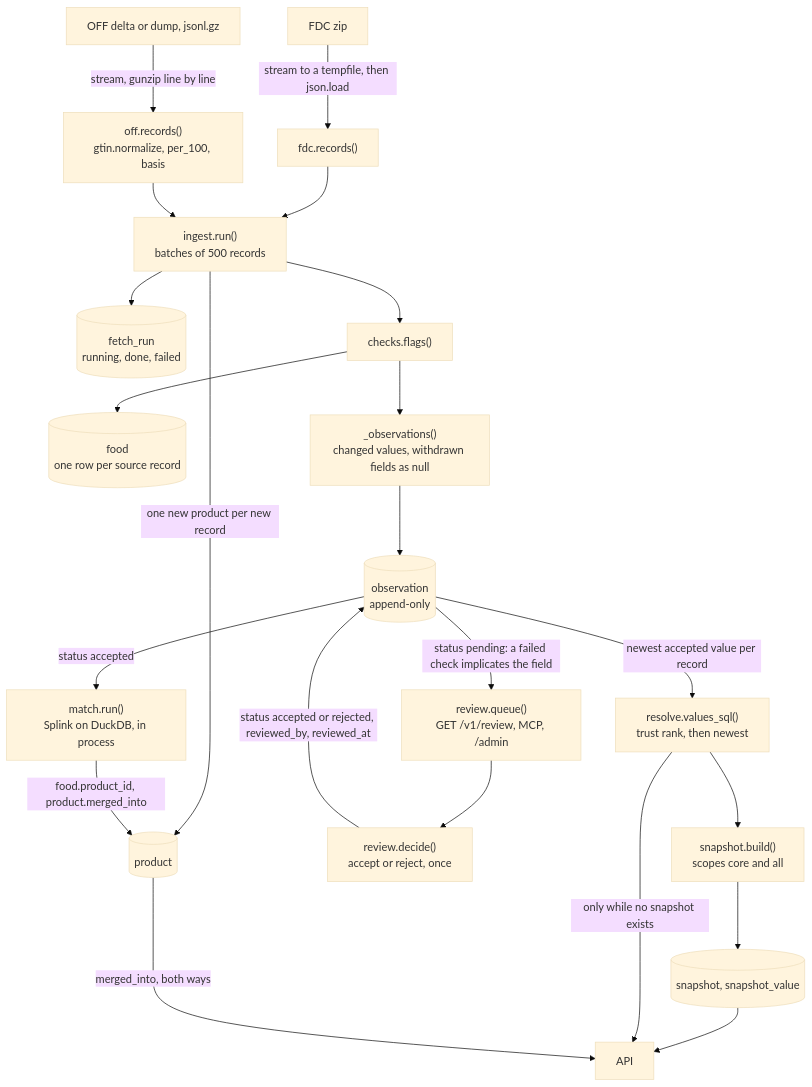
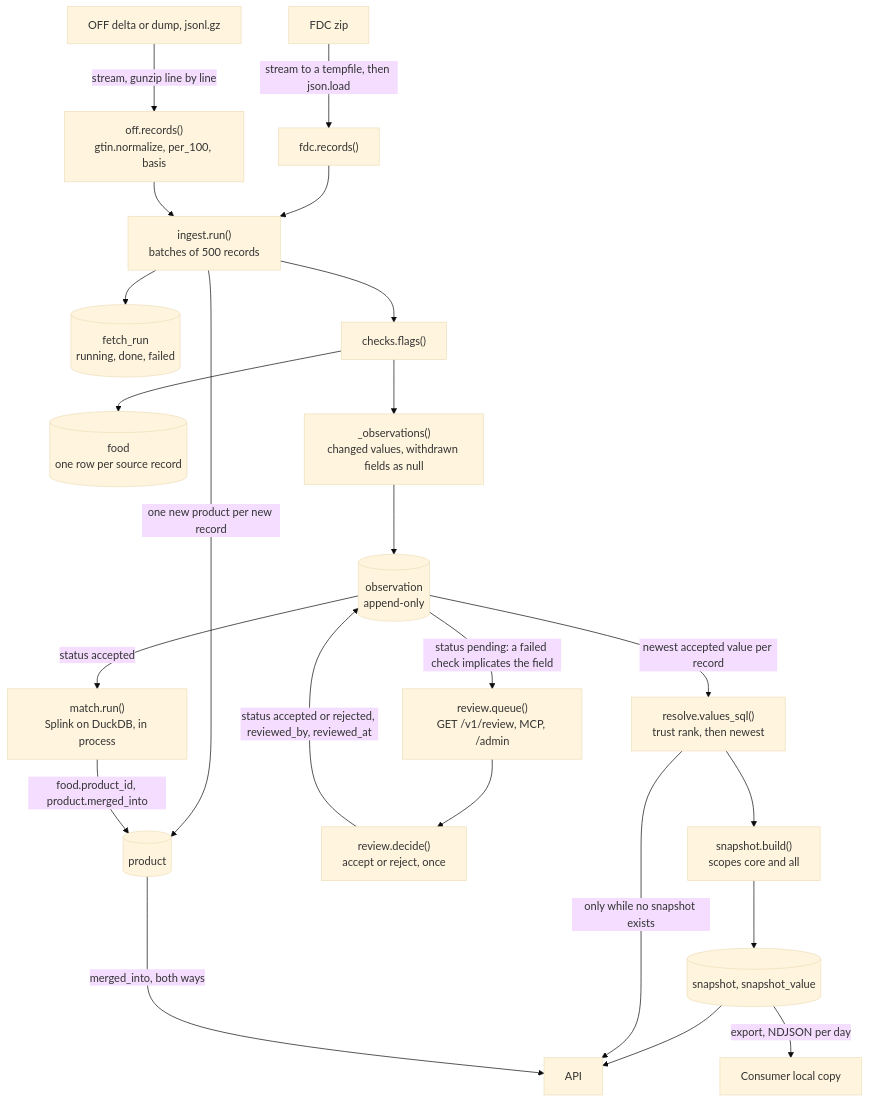
One commit to eait-fit/fooddb changed the third of 11 diagrams in docs/architecture.md. Above: the diagram before and after it, drawn with Mermaid (base theme). The commit also changed other lines of this file and 8 other files, not shown here.

First line of the commit message:
feat: snapshot export as NDJSON for consumers with a local copy (#23)

````diff
--- a/docs/architecture.md
+++ b/docs/architecture.md
@@ -115,24 +119,25 @@
 ```mermaid
 flowchart TD
     fdcsrc["FDC zip"] -->|"stream to a tempfile, then json.load"| fdcrec["fdc.records()"]
     offsrc["OFF delta or dump, jsonl.gz"] -->|"stream, gunzip line by line"| offrec["off.records()<br/>gtin.normalize, per_100, basis"]
     fdcrec --> run["ingest.run()<br/>batches of 500 records"]
     offrec --> run
     run --> fr[("fetch_run<br/>running, done, failed")]
     run -->|"one new product per new record"| prod[("product")]
     run --> chk["checks.flags()"]
     chk --> foodt[("food<br/>one row per source record")]
     chk --> diff["_observations()<br/>changed values, withdrawn fields as null"]
     diff --> obs[("observation<br/>append-only")]
     obs -->|"status pending: a failed check implicates the field"| queue["review.queue()<br/>GET /v1/review, MCP, /admin"]
     queue --> decide["review.decide()<br/>accept or reject, once"]
     decide -->|"status accepted or rejected, reviewed_by, reviewed_at"| obs
     obs -->|"status accepted"| match["match.run()<br/>Splink on DuckDB, in process"]
     match -->|"food.product_id, product.merged_into"| prod
     obs -->|"newest accepted value per record"| resolver["resolve.values_sql()<br/>trust rank, then newest"]
     resolver --> snap["snapshot.build()<br/>scopes core and all"]
     snap --> sv[("snapshot, snapshot_value")]
     sv --> api["API"]
+    sv -->|"export, NDJSON per day"| consumer["Consumer local copy"]
     resolver -->|"only while no snapshot exists"| api
     prod -->|"merged_into, both ways"| api
 ```
````
